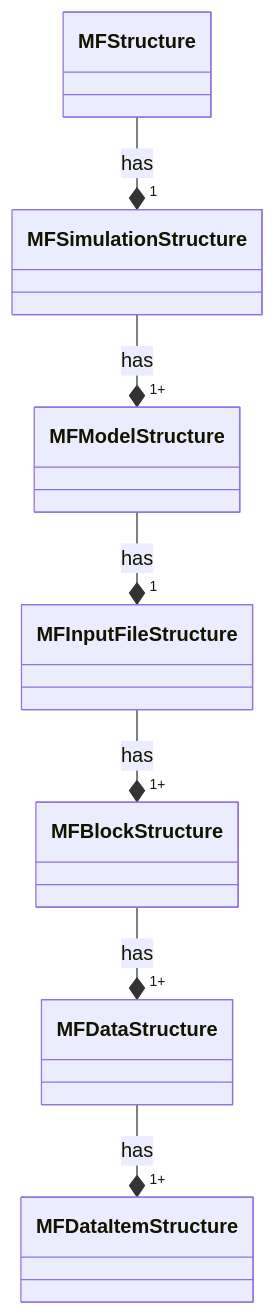
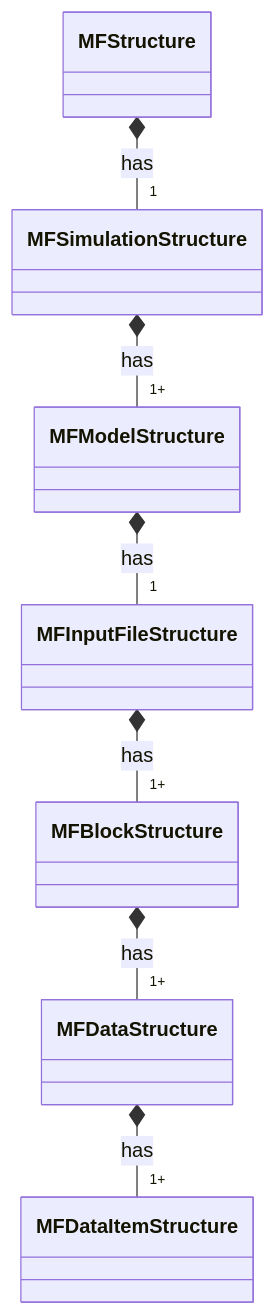
The first of 2 diagrams in docs/mf6_dev_guide.md (modflowpy/flopy), drawn with Mermaid before and after one commit. The commit also changed other lines of this file and 2 other files, not shown here.

Commit message:
remove unused statement, fix mermaid diagrams in mf6_dev_guide, add boltons to readme

````diff
--- a/docs/mf6_dev_guide.md
+++ b/docs/mf6_dev_guide.md
@@ -13,9 +13,9 @@
 ```mermaid
 classDiagram
-    MFStructure --* "1" MFSimulationStructure : has
-    MFSimulationStructure --* "1+" MFModelStructure : has
-    MFModelStructure --* "1" MFInputFileStructure : has
-    MFInputFileStructure --* "1+" MFBlockStructure : has
-    MFBlockStructure --* "1+" MFDataStructure : has
-    MFDataStructure --* "1+" MFDataItemStructure : has
+    MFStructure *-- "1" MFSimulationStructure : has
+    MFSimulationStructure *-- "1+" MFModelStructure : has
+    MFModelStructure *-- "1" MFInputFileStructure : has
+    MFInputFileStructure *-- "1+" MFBlockStructure : has
+    MFBlockStructure *-- "1+" MFDataStructure : has
+    MFDataStructure *-- "1+" MFDataItemStructure : has
 ```
````
